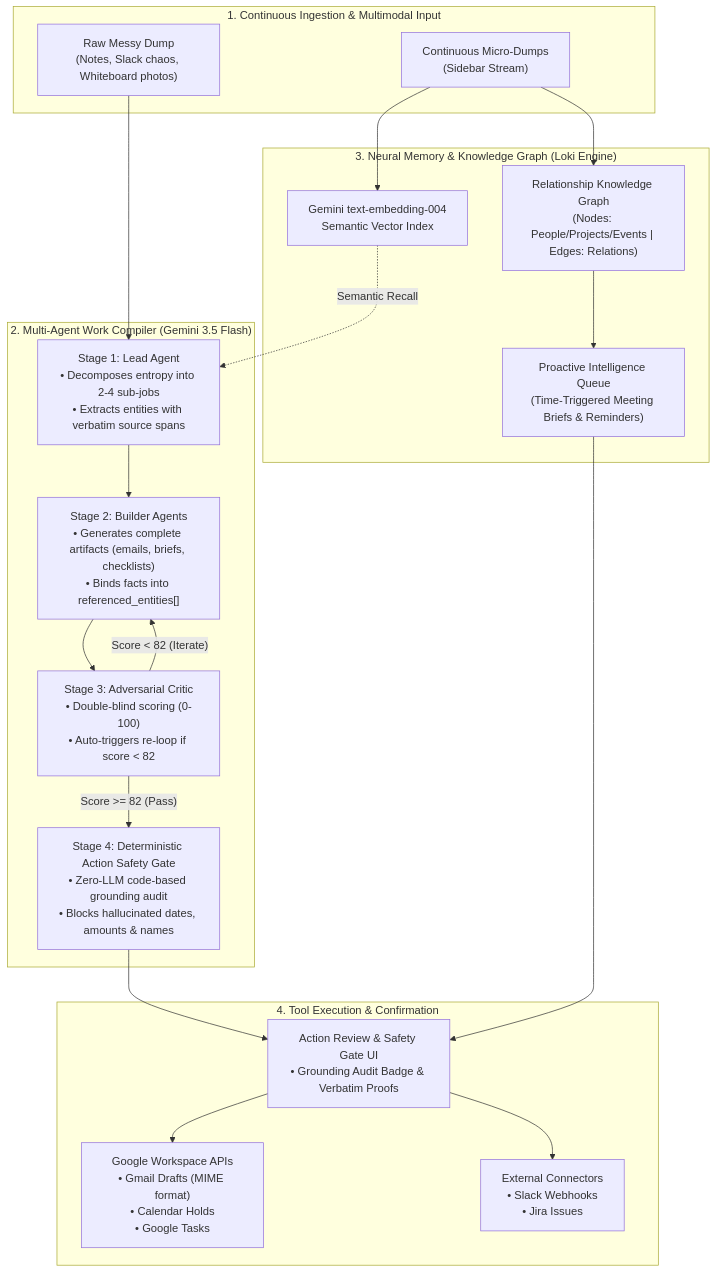
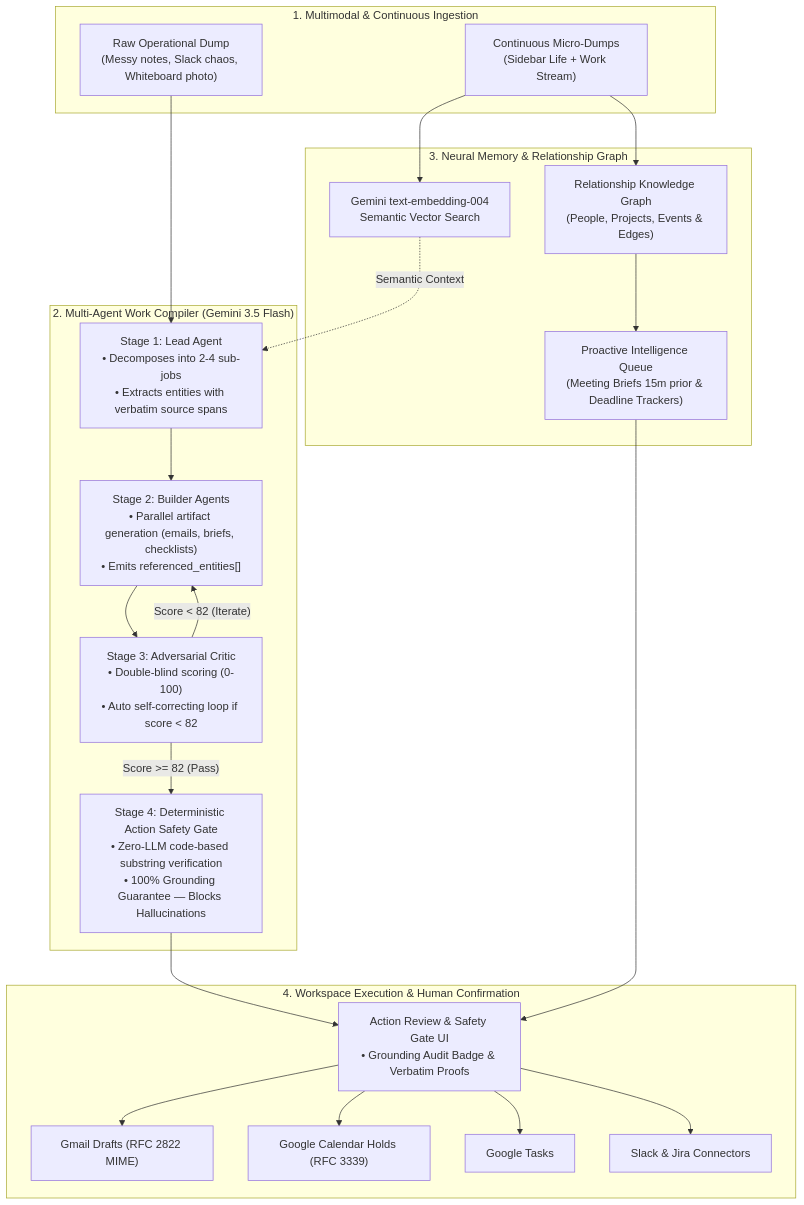
Before and after one commit to suchit1010/geminiG: the diagram in README.md, drawn with Mermaid. The commit also changed other lines of this file and 5 other files, not shown here.

Commit message:
fix: prioritize gemini-3.5-flash, pre-seed demo states, and anchor pitch on deterministic safety gate

````diff
--- a/README.md
+++ b/README.md
@@ -34,42 +38,46 @@
 ```mermaid
 flowchart TD
-    subgraph Ingestion["1. Continuous Ingestion & Multimodal Input"]
-        RawDump["Raw Messy Dump\n(Notes, Slack chaos, Whiteboard photos)"]
-        MicroDump["Continuous Micro-Dumps\n(Sidebar Stream)"]
+    subgraph Ingestion["1. Multimodal & Continuous Ingestion"]
+        RawDump["Raw Operational Dump\n(Messy notes, Slack chaos, Whiteboard photo)"]
+        MicroDump["Continuous Micro-Dumps\n(Sidebar Life + Work Stream)"]
     end
 
-    subgraph Compiler["2. Multi-Agent Work Compiler (Gemini 3.5 Flash)"]
-        Stage1["Stage 1: Lead Agent\n• Decomposes entropy into 2-4 sub-jobs\n• Extracts entities with verbatim source spans"]
-        Stage2["Stage 2: Builder Agents\n• Generates complete artifacts (emails, briefs, checklists)\n• Binds facts into referenced_entities[]"]
-        Stage3["Stage 3: Adversarial Critic\n• Double-blind scoring (0-100)\n• Auto-triggers re-loop if score < 82"]
-        Stage4["Stage 4: Deterministic Action Safety Gate\n• Zero-LLM code-based grounding audit\n• Blocks hallucinated dates, amounts & names"]
+    subgraph MultiAgentCompiler["2. Multi-Agent Work Compiler (Gemini 3.5 Flash)"]
+        Lead["Stage 1: Lead Agent\n• Decomposes into 2-4 sub-jobs\n• Extracts entities with verbatim source spans"]
+        Builders["Stage 2: Builder Agents\n• Parallel artifact generation (emails, briefs, checklists)\n• Emits referenced_entities[]"]
+        Critic["Stage 3: Adversarial Critic\n• Double-blind scoring (0-100)\n• Auto self-correcting loop if score < 82"]
+        SafetyGate["Stage 4: Deterministic Action Safety Gate\n• Zero-LLM code-based substring verification\n• 100% Grounding Guarantee — Blocks Hallucinations"]
     end
 
-    subgraph NeuralMemory["3. Neural Memory & Knowledge Graph (Loki Engine)"]
-        Embeddings["Gemini text-embedding-004\nSemantic Vector Index"]
-        KG["Relationship Knowledge Graph\n(Nodes: People/Projects/Events | Edges: Relations)"]
-        ProactiveAlerts["Proactive Intelligence Queue\n(Time-Triggered Meeting Briefs & Reminders)"]
+    subgraph LokiEngine["3. Neural Memory & Relationship Graph"]
+        Embed["Gemini text-embedding-004\nSemantic Vector Search"]
+        Graph["Relationship Knowledge Graph\n(People, Projects, Events & Edges)"]
+        Alerts["Proactive Intelligence Queue\n(Meeting Briefs 15m prior & Deadline Trackers)"]
     end
 
-    subgraph Dispatch["4. Tool Execution & Confirmation"]
+    subgraph DispatchLayer["4. Workspace Execution & Human Confirmation"]
         ConfirmGate["Action Review & Safety Gate UI\n• Grounding Audit Badge & Verbatim Proofs"]
-        GoogleWork["Google Workspace APIs\n• Gmail Drafts (MIME format)\n• Calendar Holds\n• Google Tasks"]
-        Connectors["External Connectors\n• Slack Webhooks\n• Jira Issues"]
+        Gmail["Gmail Drafts (RFC 2822 MIME)"]
+        Calendar["Google Calendar Holds (RFC 3339)"]
+        Tasks["Google Tasks"]
+        Connectors["Slack & Jira Connectors"]
     end
 
-    RawDump --> Stage1
-    Stage1 --> Stage2
-    Stage2 --> Stage3
-    Stage3 -- "Score < 82 (Iterate)" --> Stage2
-    Stage3 -- "Score >= 82 (Pass)" --> Stage4
-    Stage4 --> ConfirmGate
+    RawDump --> Lead
+    Lead --> Builders
+    Builders --> Critic
+    Critic -- "Score < 82 (Iterate)" --> Builders
+    Critic -- "Score >= 82 (Pass)" --> SafetyGate
+    SafetyGate --> ConfirmGate
 
-    MicroDump --> Embeddings
-    MicroDump --> KG
-    KG --> ProactiveAlerts
-    ProactiveAlerts --> ConfirmGate
-    Embeddings -. "Semantic Recall" .-> Stage1
+    MicroDump --> Embed
+    MicroDump --> Graph
+    Graph --> Alerts
+    Alerts --> ConfirmGate
+    Embed -. "Semantic Context" .-> Lead
 
-    ConfirmGate --> GoogleWork
+    ConfirmGate --> Gmail
+    ConfirmGate --> Calendar
+    ConfirmGate --> Tasks
     ConfirmGate --> Connectors
 ```
````
